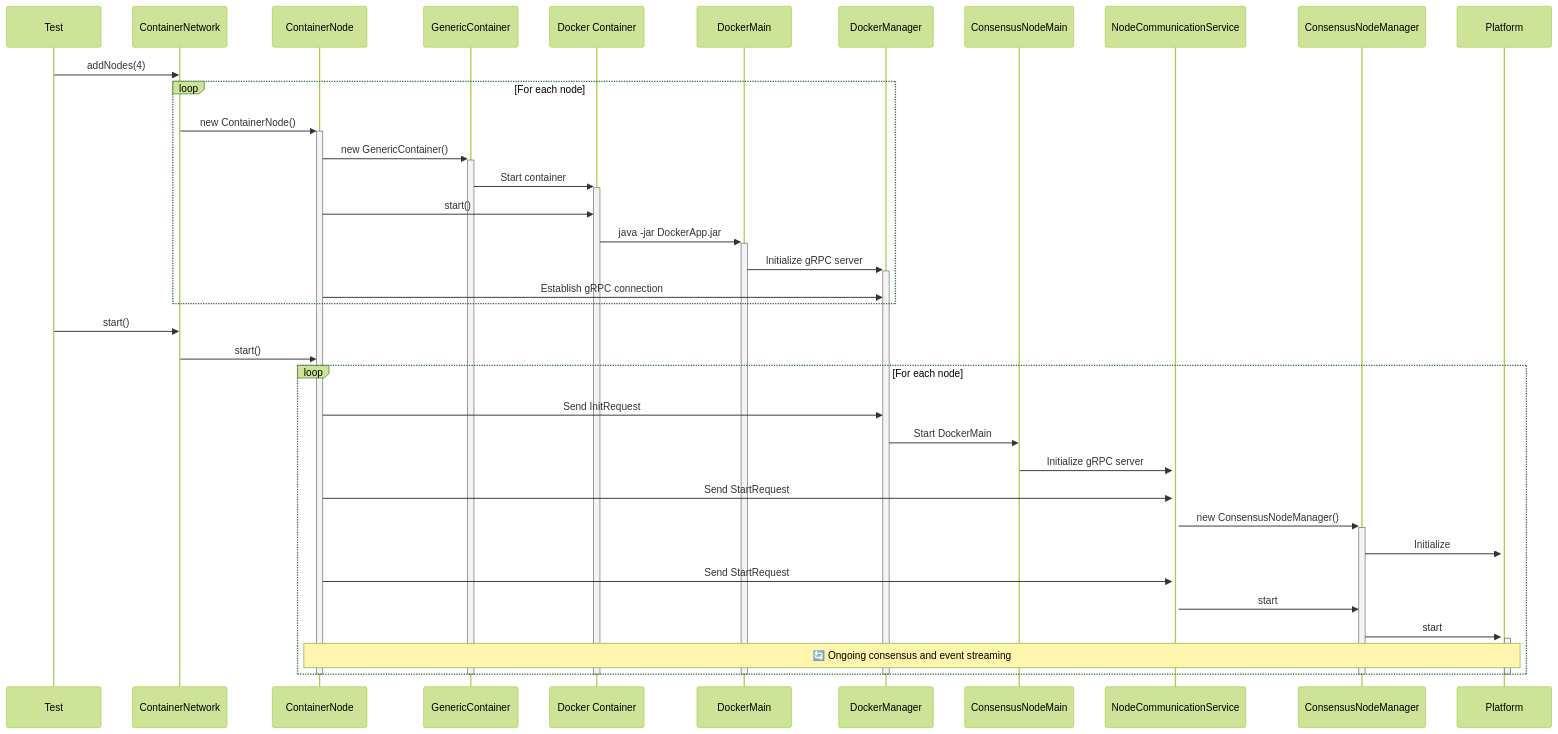
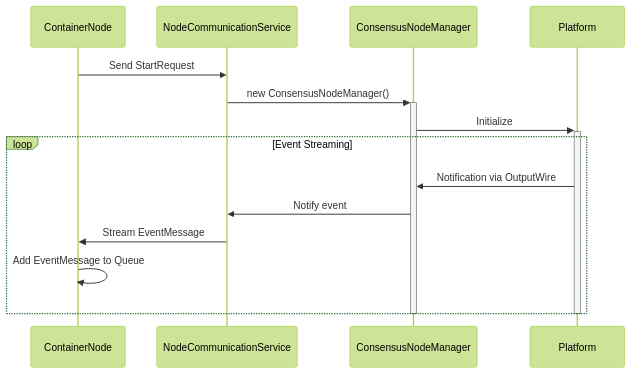
One commit to hiero-ledger/hiero-consensus-node changed the fourth of 5 diagrams in platform-sdk/consensus-otter-tests/docs/container-environment.md. Above: the diagram before and after it, drawn with Mermaid (forest theme). The commit also changed other lines of this file, not shown here.

Commit message:
reviewer comments

````diff
--- a/platform-sdk/consensus-otter-tests/docs/container-environment.md
+++ b/platform-sdk/consensus-otter-tests/docs/container-environment.md
@@ -349,49 +349,21 @@
 ```mermaid
 sequenceDiagram
-    participant Test as Test
-    participant ContainerNetwork
     participant ContainerNode
-    participant GenericContainer
-    participant Container as Docker Container
-    participant DockerMain
-    participant DockerManager
-    participant ConsensusNodeMain
     participant NodeCommunicationService
     participant ConsensusNodeManager
     participant Platform
-    Test ->> ContainerNetwork: addNodes(4)
 
-    loop For each node
-        ContainerNetwork ->>+ ContainerNode: new ContainerNode()
-        ContainerNode ->>+ GenericContainer: new GenericContainer()
-        GenericContainer ->>+ Container: Start container
-        ContainerNode ->> Container: start()
-        Container ->>+ DockerMain: java -jar DockerApp.jar
-        DockerMain ->>+ DockerManager: Initialize gRPC server
-        ContainerNode ->> DockerManager: Establish gRPC connection
+    ContainerNode ->> NodeCommunicationService: Send StartRequest
+    NodeCommunicationService ->>+ ConsensusNodeManager: new ConsensusNodeManager()
+    ConsensusNodeManager ->>+ Platform: Initialize
+
+    loop Event Streaming
+        Platform ->> ConsensusNodeManager: Notification via OutputWire
+        ConsensusNodeManager ->> NodeCommunicationService: Notify event
+        NodeCommunicationService ->> ContainerNode: Stream EventMessage
+        ContainerNode ->> ContainerNode: Add EventMessage to Queue
     end
 
-    Test ->> ContainerNetwork: start()
-    ContainerNetwork ->> ContainerNode: start()
-
-    loop For each node
-        ContainerNode ->> DockerManager: Send InitRequest
-        DockerManager ->> ConsensusNodeMain: Start DockerMain
-        ConsensusNodeMain ->>+ NodeCommunicationService: Initialize gRPC server
-        ContainerNode ->> NodeCommunicationService: Send StartRequest
-        NodeCommunicationService ->>+ ConsensusNodeManager: new ConsensusNodeManager()
-        ConsensusNodeManager ->>+ Platform: Initialize
-        ContainerNode ->> NodeCommunicationService: Send StartRequest
-        NodeCommunicationService ->> ConsensusNodeManager: start
-        ConsensusNodeManager ->>+ Platform: start
-        Note over ContainerNode, Platform: 🔄 Ongoing consensus and event streaming
-    end
-
-    deactivate ContainerNode
-    deactivate GenericContainer
-    deactivate Container
-    deactivate DockerMain
-    deactivate DockerManager
     deactivate ConsensusNodeManager
     deactivate Platform
 ```
````
